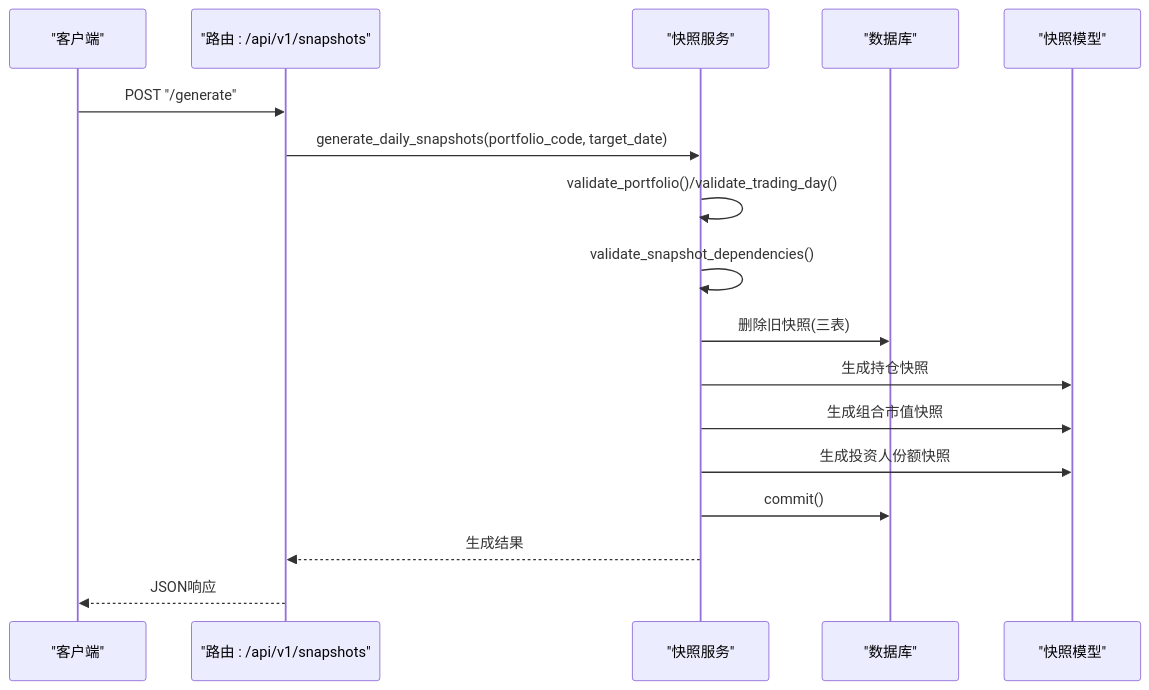
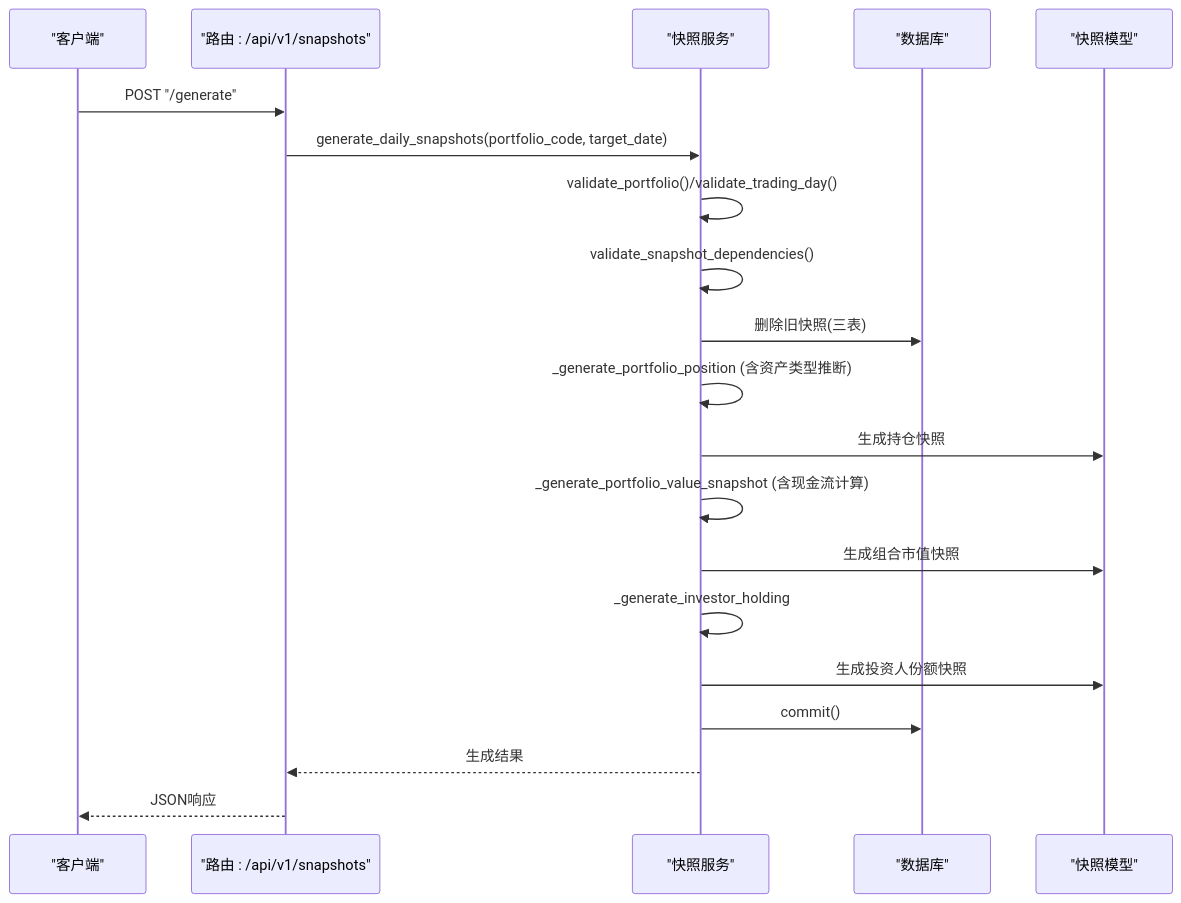
Before and after one commit to gujialind/InvestRing: the second of 4 diagrams in .qoder/repowiki/zh/content/核心业务功能/净值快照系统.md, drawn with Mermaid. The commit also changed other lines of this file and 44 other files, not shown here.

````diff
--- a/.qoder/repowiki/zh/content/核心业务功能/净值快照系统.md
+++ b/.qoder/repowiki/zh/content/核心业务功能/净值快照系统.md
@@ -129,19 +144,22 @@
 ```mermaid
 sequenceDiagram
 participant Client as "客户端"
 participant Router as "路由 : /api/v1/snapshots"
 participant Service as "快照服务"
 participant DB as "数据库"
 participant Models as "快照模型"
 Client->>Router : POST "/generate"
 Router->>Service : generate_daily_snapshots(portfolio_code, target_date)
 Service->>Service : validate_portfolio()/validate_trading_day()
 Service->>Service : validate_snapshot_dependencies()
 Service->>DB : 删除旧快照(三表)
+Service->>Service : _generate_portfolio_position (含资产类型推断)
 Service->>Models : 生成持仓快照
+Service->>Service : _generate_portfolio_value_snapshot (含现金流计算)
 Service->>Models : 生成组合市值快照
+Service->>Service : _generate_investor_holding
 Service->>Models : 生成投资人份额快照
 Service->>DB : commit()
 Service-->>Router : 生成结果
 Router-->>Client : JSON响应
 ```
````
